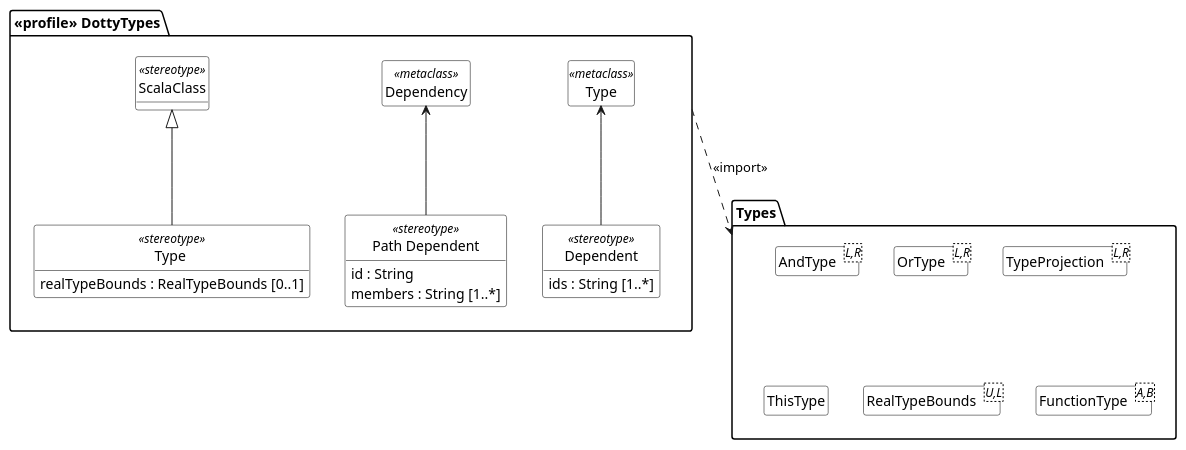
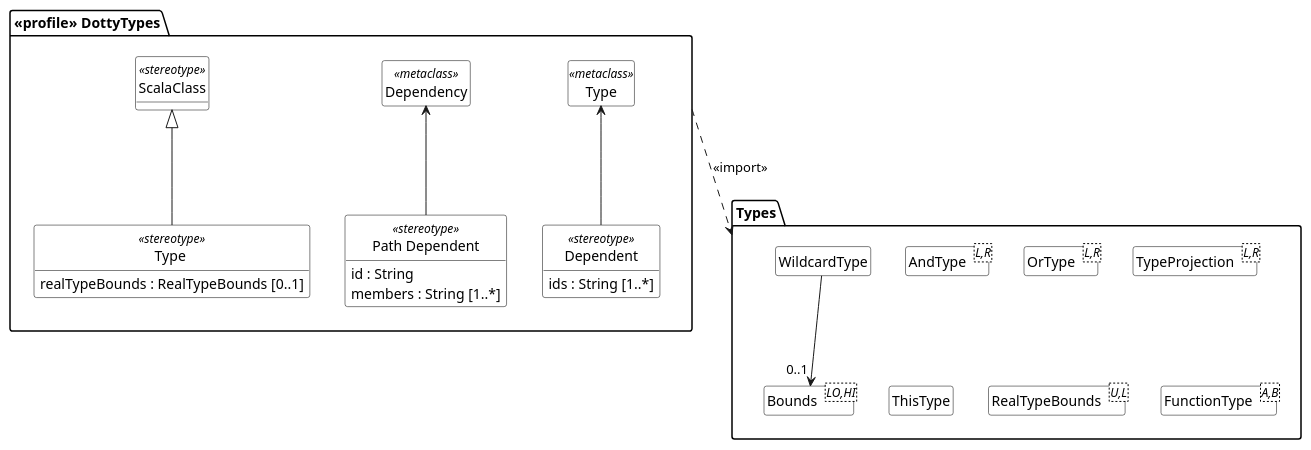
Before and after one commit to tizuck/scala-uml-diagrams: the diagram in uml-meta-model-extensions/scala.types.puml, drawn with PlantUML. The commit also changed 2 other files, not shown here.

Commit message:
recent diagrams

```diff
--- a/uml-meta-model-extensions/scala.types.puml
+++ b/uml-meta-model-extensions/scala.types.puml
@@ -1,44 +1,48 @@
 @startuml Types and Type Profile 
 package "<<profile>> DottyTypes" {
     class Type <<metaclass>>
     class Dependent <<stereotype>> {
         ids : String [1..*]
     }
     class Dependency <<metaclass>> 
     class "Path Dependent" <<stereotype>> {
         id : String 
         members : String [1..*] 
     }
 
     class ScalaClass <<stereotype>>
     class "Type " <<stereotype>> {
         realTypeBounds : RealTypeBounds [0..1]
     }
 
     Type <-- Dependent
     Dependency <-- "Path Dependent"
     ScalaClass <|-- "Type "
 } 
 
 package "Types" {
     class AndType<L,R>
     class OrType <L,R>
     class TypeProjection<L,R>
     class ThisType
     class RealTypeBounds<U,L>
     class FunctionType<A,B>
+    class WildcardType
+    class Bounds<LO,HI>
+
+    WildcardType --> "0..1" Bounds 
     hide members 
 }
 
 "<<profile>> DottyTypes" ..> Types : \n<<import>>
 
 hide class circle
 hide class methods 
 hide <<metaclass>> members
 
 skinparam class {
     BackgroundColor White
     ArrowColor Black
     BorderColor Black
 }
 @enduml 
```
